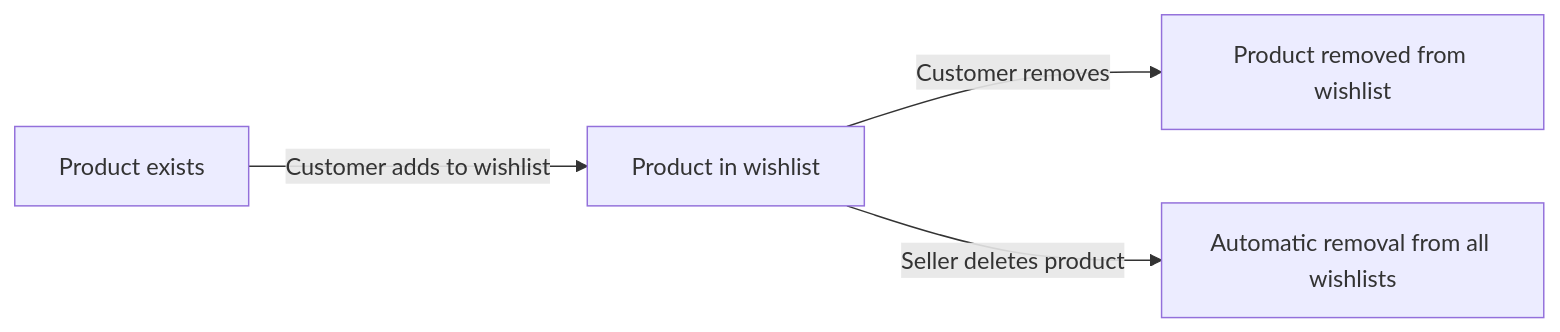
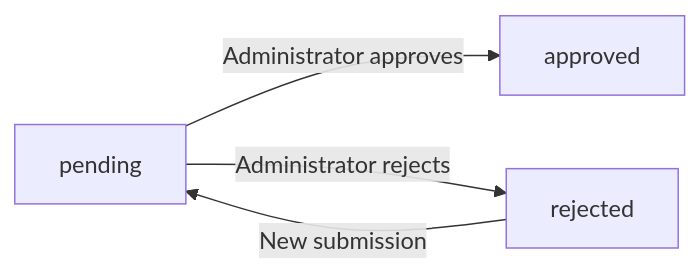
One commit to wrtnlabs/autobe-examples changed the first of 5 diagrams in qwen/qwen3.5-397b-a17b/shopping/docs/analysis/02-domain-model.md. Above: the diagram before and after it, drawn with Mermaid. The commit also changed other lines of this file and 32093 other files, not shown here.

````diff
--- a/qwen/qwen3.5-397b-a17b/shopping/docs/analysis/02-domain-model.md
+++ b/qwen/qwen3.5-397b-a17b/shopping/docs/analysis/02-domain-model.md
@@ -187,6 +435,6 @@
 ```mermaid
 flowchart LR
-    A["Product exists"] -->|"Customer adds to wishlist"| B["Product in wishlist"]
-    B -->|"Customer removes"| C["Product removed from wishlist"]
-    B -->|"Seller deletes product"| D["Automatic removal from all wishlists"]
+    A["pending"] -->|"Administrator approves"| B["approved"]
+    A -->|"Administrator rejects"| C["rejected"]
+    C -->|"New submission"| A
 ```
````
